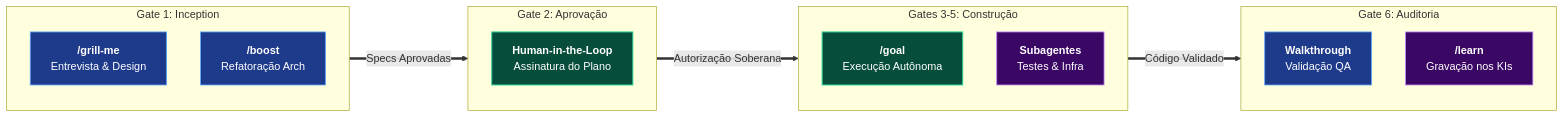
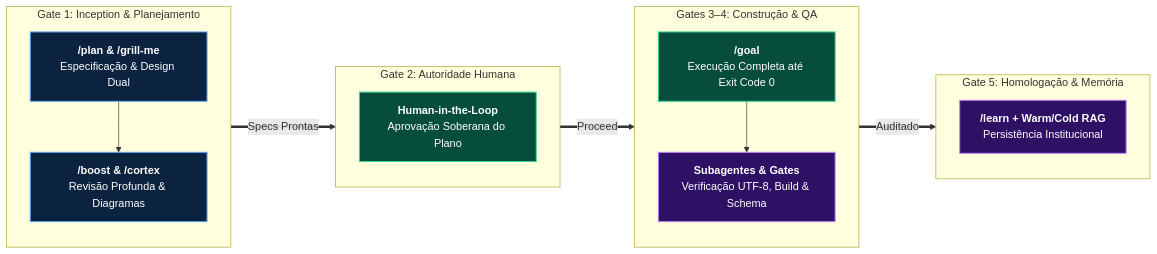
The third of 3 diagrams in projects/Living Architecture PCL AEOS/docs/agents-squads/README.md (EnterDufter/PromptCoreLabs_AEOS), drawn with Mermaid before and after one commit. The commit also changed other lines of this file and 34 other files, not shown here.

First line of the commit message:
docs(aeos-v3.6): upgrade complete repository & Living Architecture portal with pure UTF-8, Dual-Track narrative & Cortex v7 diagrams

````diff
--- a/projects/Living Architecture PCL AEOS/docs/agents-squads/README.md
+++ b/projects/Living Architecture PCL AEOS/docs/agents-squads/README.md
@@ -127,34 +130,32 @@
 ```mermaid
 flowchart LR
-    classDef gate fill:#0f172a,stroke:#38bdf8,stroke-width:1.2px,color:#ffffff;
-    classDef cmd fill:#1e3a8a,stroke:#60a5fa,stroke-width:1.2px,color:#ffffff;
+    classDef cmd fill:#0c2340,stroke:#60a5fa,stroke-width:1.5px,color:#ffffff;
     classDef app fill:#064e3b,stroke:#34d399,stroke-width:1.5px,color:#ffffff;
-    classDef sub fill:#3b0764,stroke:#c084fc,stroke-width:1.2px,color:#ffffff;
+    classDef sub fill:#2e1065,stroke:#c084fc,stroke-width:1.5px,color:#ffffff;
 
-    subgraph G1 ["Gate 1: Inception"]
+    subgraph G1 ["Gate 1: Inception & Planejamento"]
         direction TB
-        C_Grill["<b>/grill-me</b><br/>Entrevista & Design"]:::cmd
-        C_Boost["<b>/boost</b><br/>Refatoração Arch"]:::cmd
+        C_Grill["<b>/plan & /grill-me</b><br/>Especificação & Design Dual"]:::cmd
+        C_Boost["<b>/boost & /cortex</b><br/>Revisão Profunda & Diagramas"]:::cmd
+        C_Grill --> C_Boost
     end
 
-    subgraph G2 ["Gate 2: Aprovação"]
+    subgraph G2 ["Gate 2: Autoridade Humana"]
         direction TB
-        C_Plan["<b>Human-in-the-Loop</b><br/>Assinatura do Plano"]:::app
+        C_Plan["<b>Human-in-the-Loop</b><br/>Aprovação Soberana do Plano"]:::app
     end
 
-    subgraph G3 ["Gates 3-5: Construção"]
+    subgraph G3 ["Gates 3–4: Construção & QA"]
         direction TB
-        C_Goal["<b>/goal</b><br/>Execução Autônoma"]:::app
-        C_Subs["<b>Subagentes</b><br/>Testes & Infra"]:::sub
+        C_Goal["<b>/goal</b><br/>Execução Completa até Exit Code 0"]:::app
+        C_Subs["<b>Subagentes & Gates</b><br/>Verificação UTF-8, Build & Schema"]:::sub
+        C_Goal --> C_Subs
     end
 
-    subgraph G6 ["Gate 6: Auditoria"]
+    subgraph G5 ["Gate 5: Homologação & Memória"]
         direction TB
-        C_Walk["<b>Walkthrough</b><br/>Validação QA"]:::cmd
-        C_Learn["<b>/learn</b><br/>Gravação nos KIs"]:::sub
+        C_Learn["<b>/learn + Warm/Cold RAG</b><br/>Persistência Institucional"]:::sub
     end
 
-    G1 ==>|"Specs Aprovadas"| G2
-    G2 ==>|"Autorização Soberana"| G3
-    G3 ==>|"Código Validado"| G6
+    G1 ==>|"Specs Prontas"| G2 ==>|"Proceed"| G3 ==>|"Auditado"| G5
 ```
````
